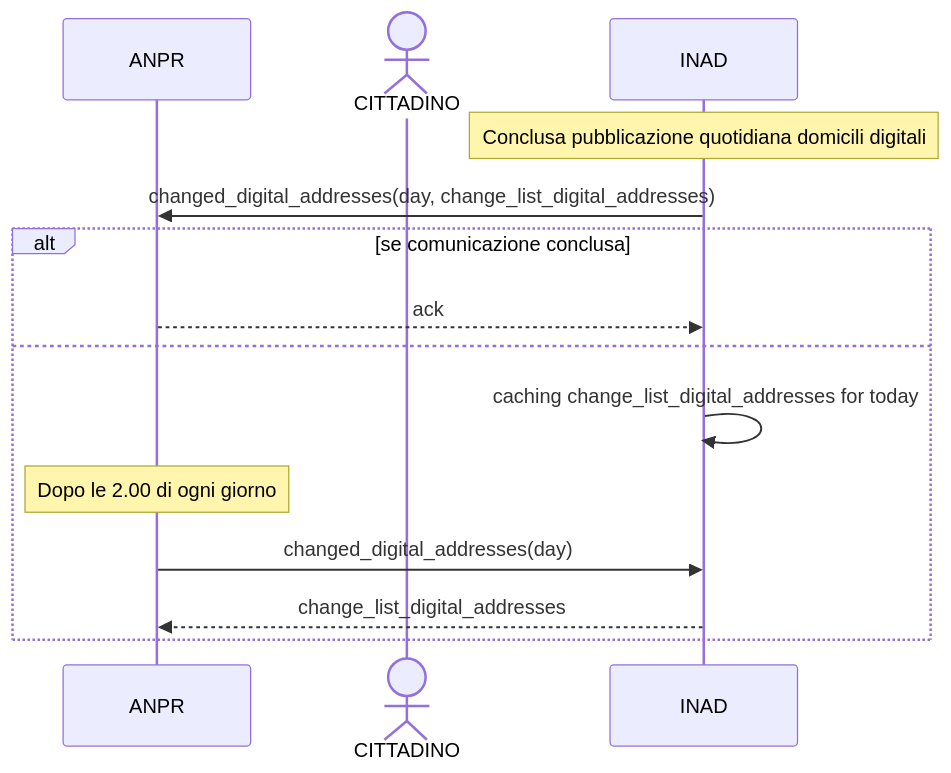
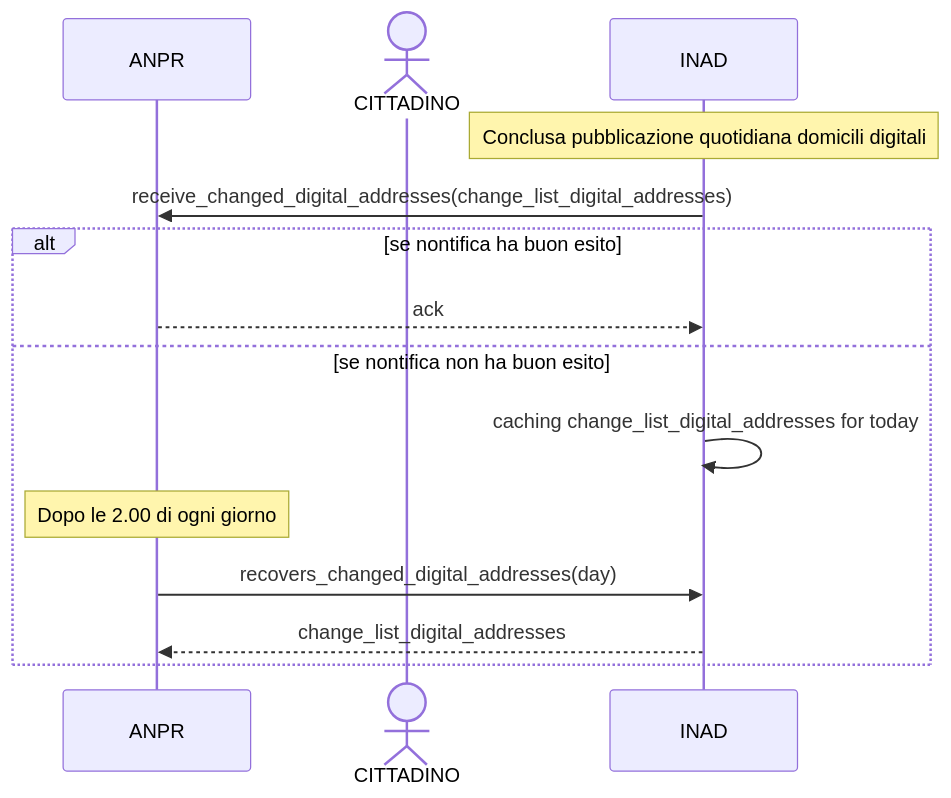
The diagram in mermind/UC011.md (ioggstream/verify_integration_INAD_with_ANPR-IO), drawn with Mermaid before and after one commit. The commit also changed 10 other files, not shown here.

````diff
--- a/mermind/UC011.md
+++ b/mermind/UC011.md
@@ -3,22 +3,22 @@
 ```mermaid
 sequenceDiagram
   participant A as ANPR
   actor C as CITTADINO
   participant I as INAD
 
   Note over I: Conclusa pubblicazione quotidiana domicili digitali 
 
-  I ->> A: changed_digital_addresses(day, change_list_digital_addresses)
+  I ->> A: receive_changed_digital_addresses(change_list_digital_addresses)
 
-  alt se comunicazione conclusa 
+  alt se nontifica ha buon esito 
     A -->>I: ack
-  else
+  else se nontifica non ha buon esito
     I ->> I: caching change_list_digital_addresses for today
 
     Note over A: Dopo le 2.00 di ogni giorno
 
-    A ->> I: changed_digital_addresses(day)
+    A ->> I: recovers_changed_digital_addresses(day)
     I -->> A: change_list_digital_addresses
     
   end
   ```
````
